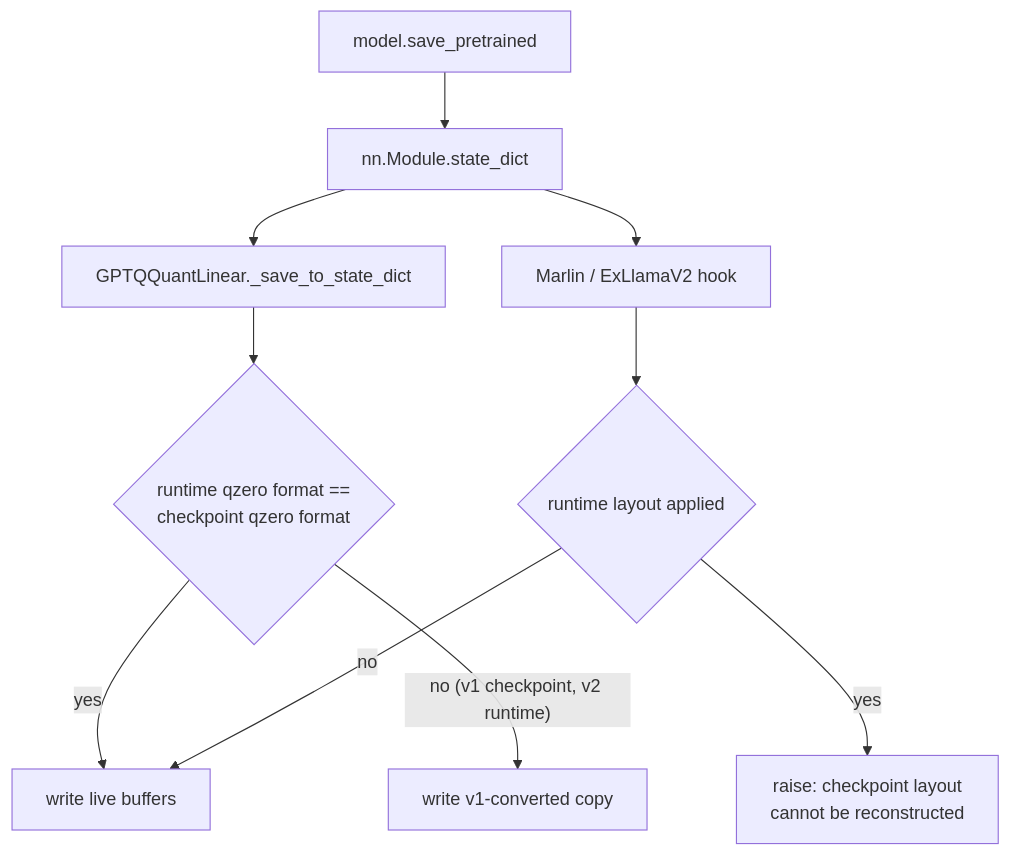
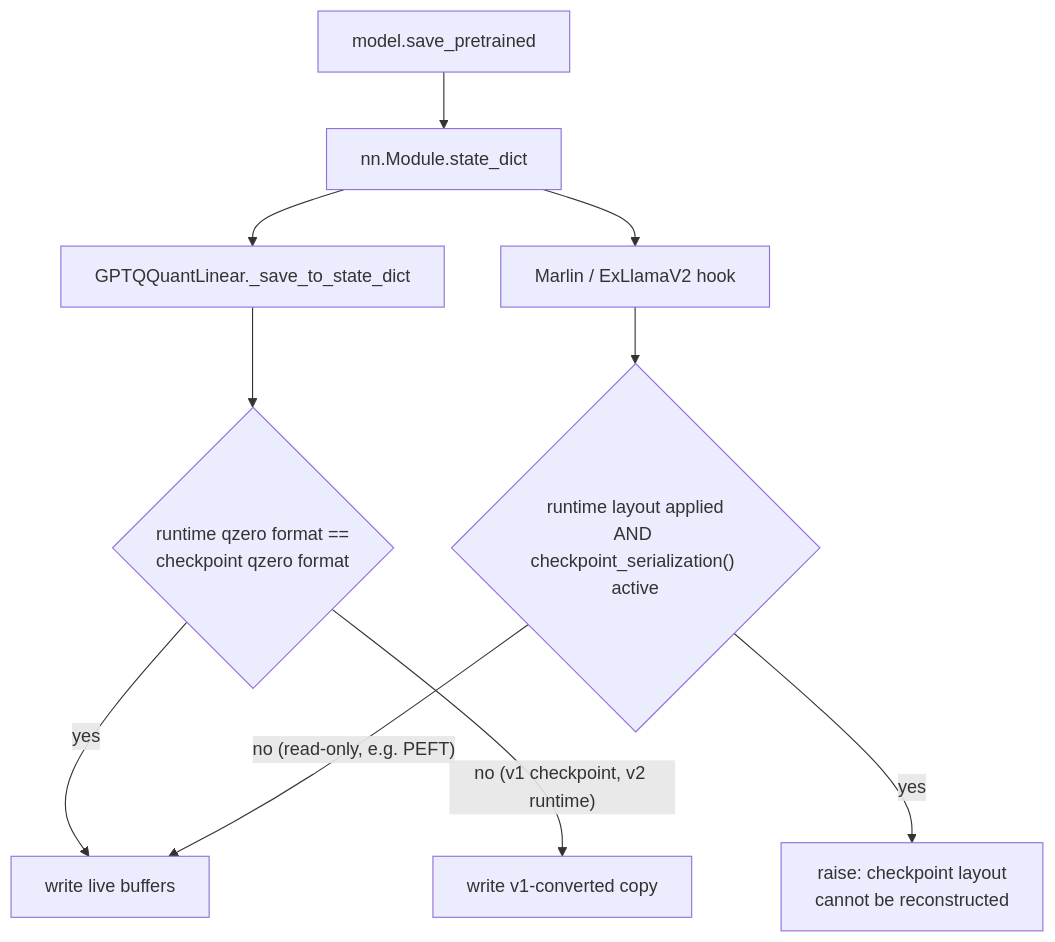
One commit to ModelCloud/GPTQModel changed the third of 12 diagrams in docs/checkpoint-interop.md. Above: the diagram before and after it, drawn with Mermaid. The commit also changed other lines of this file and 9 other files, not shown here.

````diff
--- a/docs/checkpoint-interop.md
+++ b/docs/checkpoint-interop.md
@@ -102,12 +110,12 @@
 ```mermaid
 flowchart TD
     A["model.save_pretrained"] --> B["nn.Module.state_dict"]
     B --> C["GPTQQuantLinear._save_to_state_dict"]
     C --> D{"runtime qzero format ==<br/>checkpoint qzero format"}
     D -- yes --> E["write live buffers"]
     D -- "no (v1 checkpoint, v2 runtime)" --> F["write v1-converted copy"]
     B --> G["Marlin / ExLlamaV2 hook"]
-    G --> H{"runtime layout applied"}
+    G --> H{"runtime layout applied<br/>AND checkpoint_serialization() active"}
     H -- yes --> I["raise: checkpoint layout<br/>cannot be reconstructed"]
-    H -- no --> E
+    H -- "no (read-only, e.g. PEFT)" --> E
 ```
````
